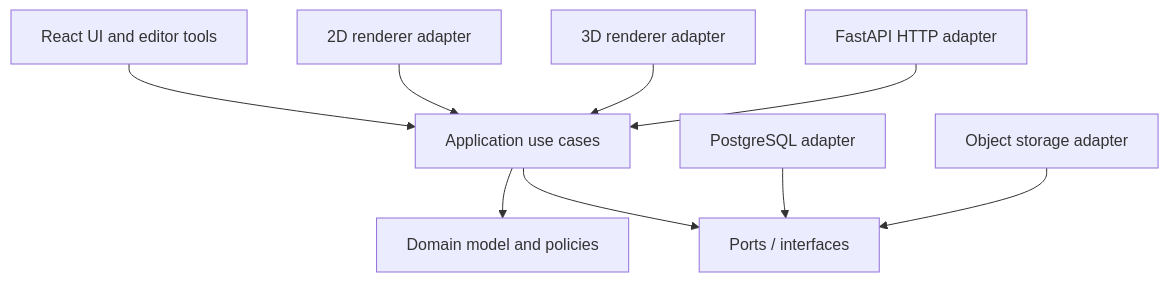
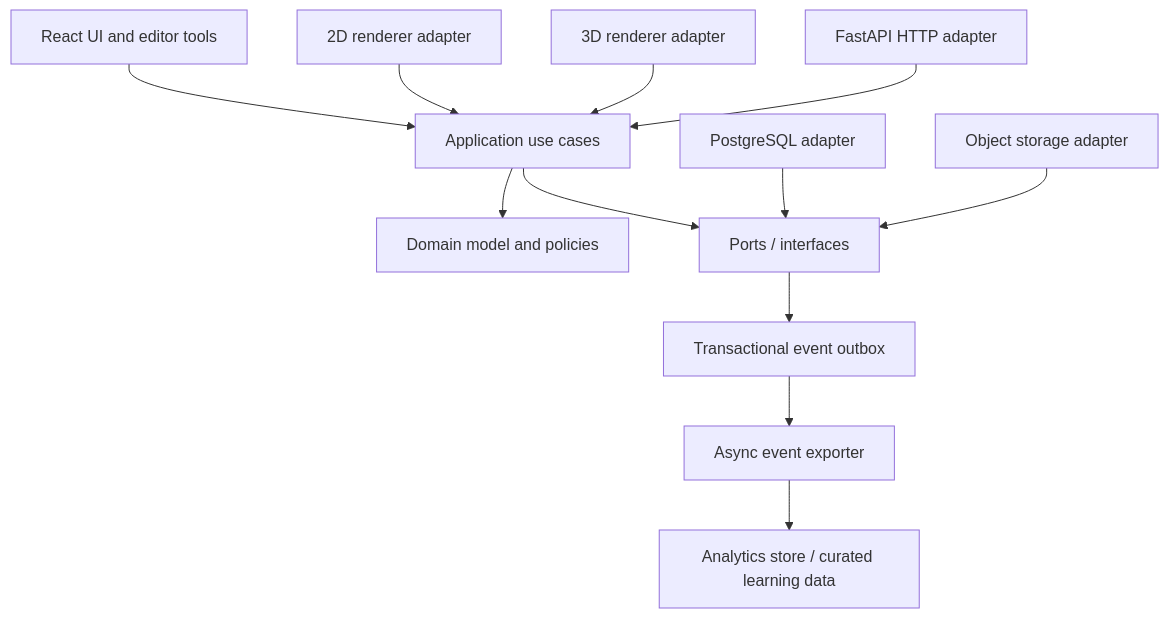
The diagram in docs/ARCHITECTURE.md (shepytk/curly-carnival), drawn with Mermaid before and after one commit. The commit also changed other lines of this file, not shown here.

Commit message:
docs: add analytics and learning data architecture

````diff
--- a/docs/ARCHITECTURE.md
+++ b/docs/ARCHITECTURE.md
@@ -9,11 +9,14 @@
 ```mermaid
 flowchart TB
   UI[React UI and editor tools] --> APP[Application use cases]
   R2D[2D renderer adapter] --> APP
   R3D[3D renderer adapter] --> APP
   APP --> DOMAIN[Domain model and policies]
   APP --> PORTS[Ports / interfaces]
   API[FastAPI HTTP adapter] --> APP
   DB[PostgreSQL adapter] --> PORTS
   ASSETS[Object storage adapter] --> PORTS
+  PORTS --> OUTBOX[Transactional event outbox]
+  OUTBOX --> EXPORTER[Async event exporter]
+  EXPORTER --> ANALYTICS[Analytics store / curated learning data]
 ```
````
